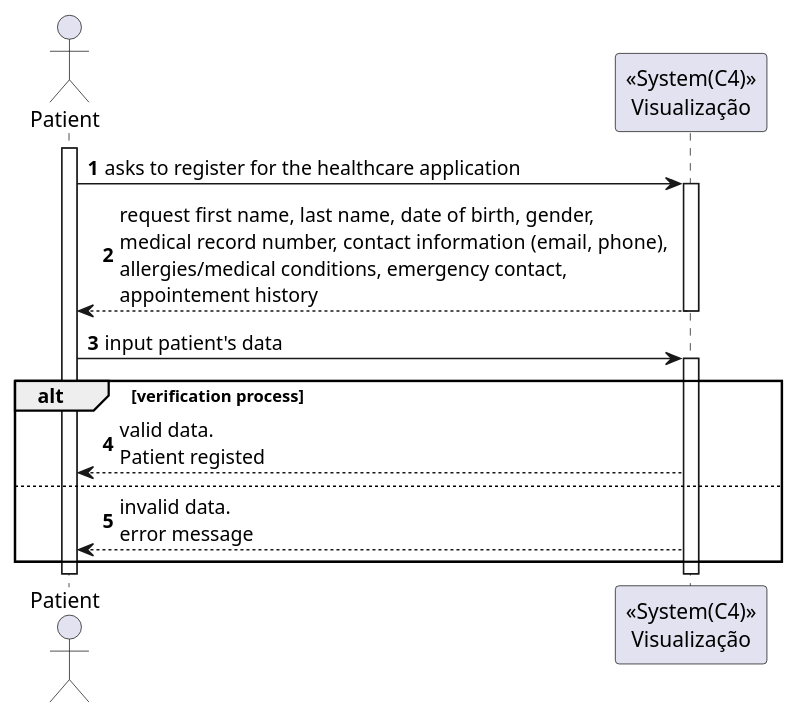
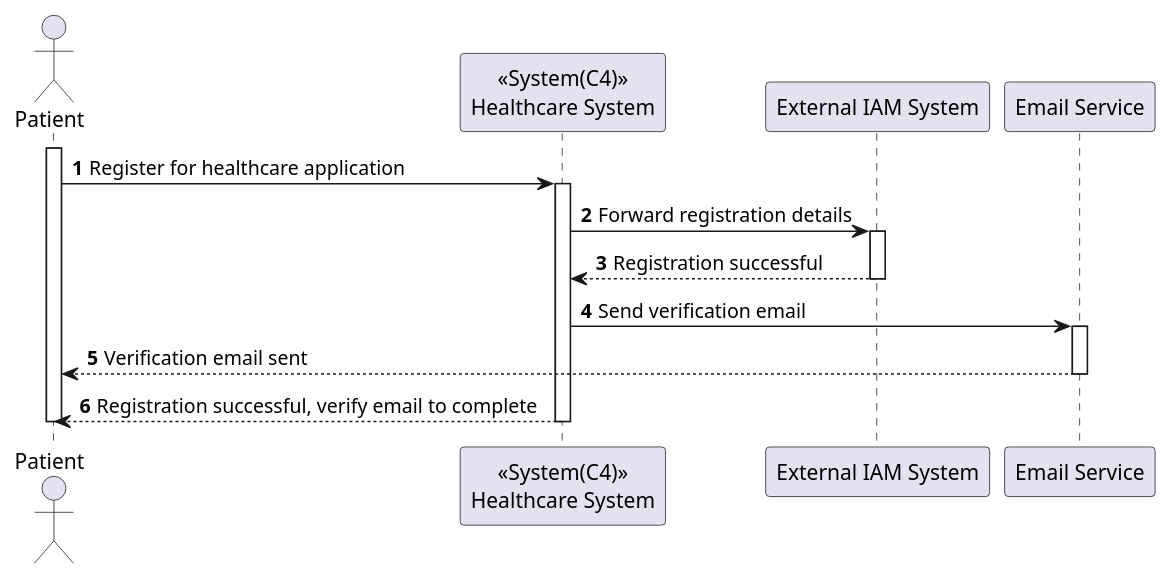
The diagram in Docs/SprintA/US3/level1/sequence_diagram.puml (Saquinho74/LAPR5), drawn with PlantUML before and after one commit.

Commit message:
#3 update sd for level1

```diff
--- a/Docs/SprintA/US3/level1/sequence_diagram.puml
+++ b/Docs/SprintA/US3/level1/sequence_diagram.puml
@@ -1,26 +1,30 @@
 @startuml
 'https://plantuml.com/sequence-diagram
 
 autonumber
-actor Patient as pa
-participant "<<System(C4)>>\nVisualização" as sys
+actor Patient as patient
+participant "<<System(C4)>>\nHealthcare System" as sys
+participant "External IAM System" as iam
+participant "Email Service" as email
 
-activate pa
-
-pa -> sys: asks to register for the healthcare application
+activate patient
+patient -> sys: Register for healthcare application
 
 activate sys
+sys -> iam: Forward registration details
 
-sys --> pa: request first name, last name, date of birth, gender, \nmedical record number, contact information (email, phone), \nallergies/medical conditions, emergency contact, \nappointement history 
+activate iam
+iam --> sys: Registration successful
+deactivate iam
+
+sys -> email: Send verification email
+activate email
+email --> patient: Verification email sent
+deactivate email
+
+sys --> patient: Registration successful, verify email to complete
+
 deactivate sys
-
-pa -> sys: input patient's data
-activate sys
-
-alt verification process
-  sys --> pa: valid data.\nPatient registed
-else
-  sys --> pa: invalid data.\nerror message
-end
+deactivate patient
 
 @enduml
```
